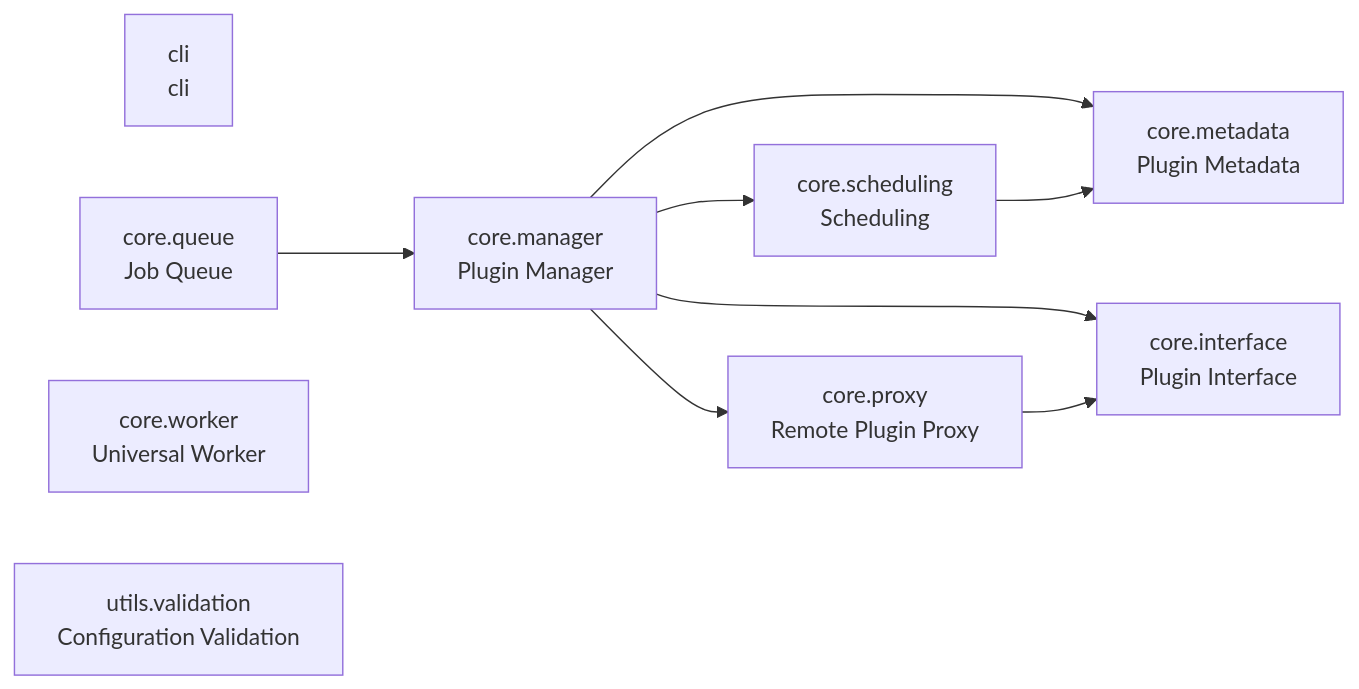
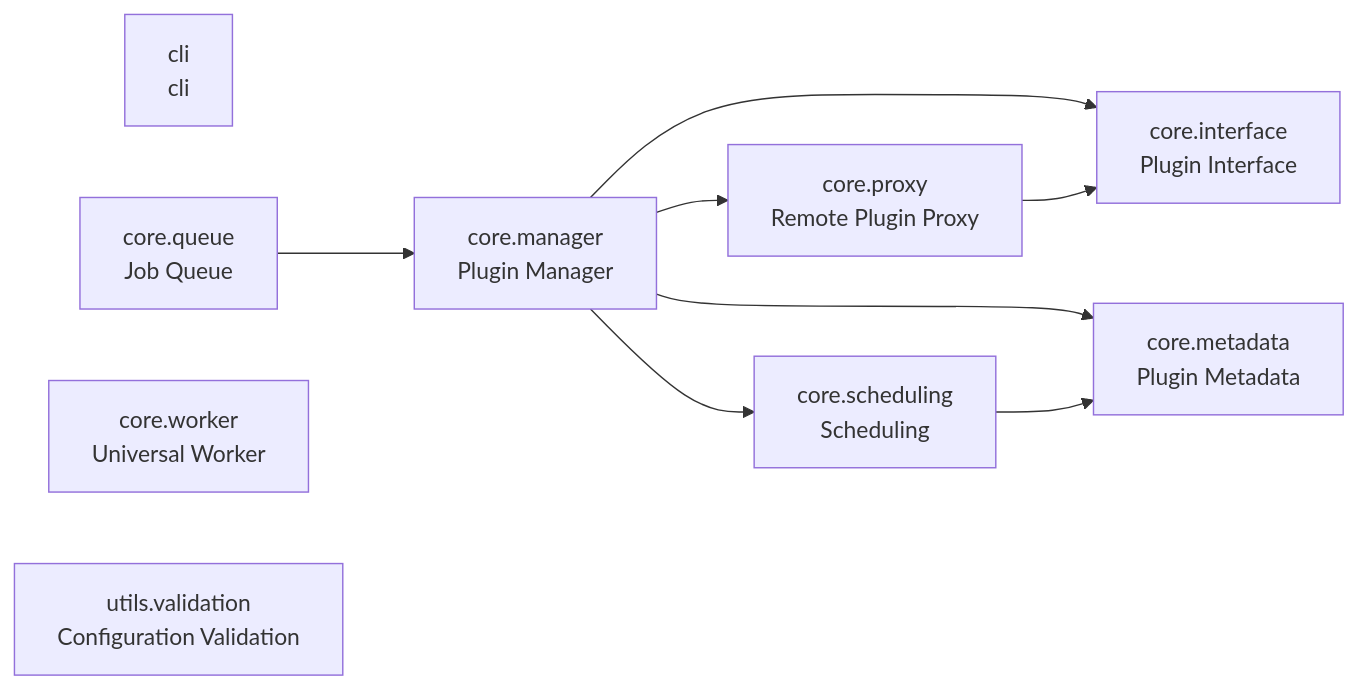
The diagram in README.md (cj-mills/cjm-plugin-system), drawn with Mermaid before and after one commit. The commit also changed other lines of this file and 5 other files, not shown here.

Commit message:
Update PluginManager.load_plugin() to use schema defaults when config is None or empty {}.

````diff
--- a/README.md
+++ b/README.md
@@ -31,20 +31,20 @@
 ``` mermaid
 graph LR
     cli[cli<br/>cli]
     core_interface[core.interface<br/>Plugin Interface]
     core_manager[core.manager<br/>Plugin Manager]
     core_metadata[core.metadata<br/>Plugin Metadata]
     core_proxy[core.proxy<br/>Remote Plugin Proxy]
     core_queue[core.queue<br/>Job Queue]
     core_scheduling[core.scheduling<br/>Scheduling]
     core_worker[core.worker<br/>Universal Worker]
     utils_validation[utils.validation<br/>Configuration Validation]
 
+    core_manager --> core_proxy
+    core_manager --> core_metadata
     core_manager --> core_scheduling
-    core_manager --> core_metadata
     core_manager --> core_interface
-    core_manager --> core_proxy
     core_proxy --> core_interface
     core_queue --> core_manager
     core_scheduling --> core_metadata
 ```
````
